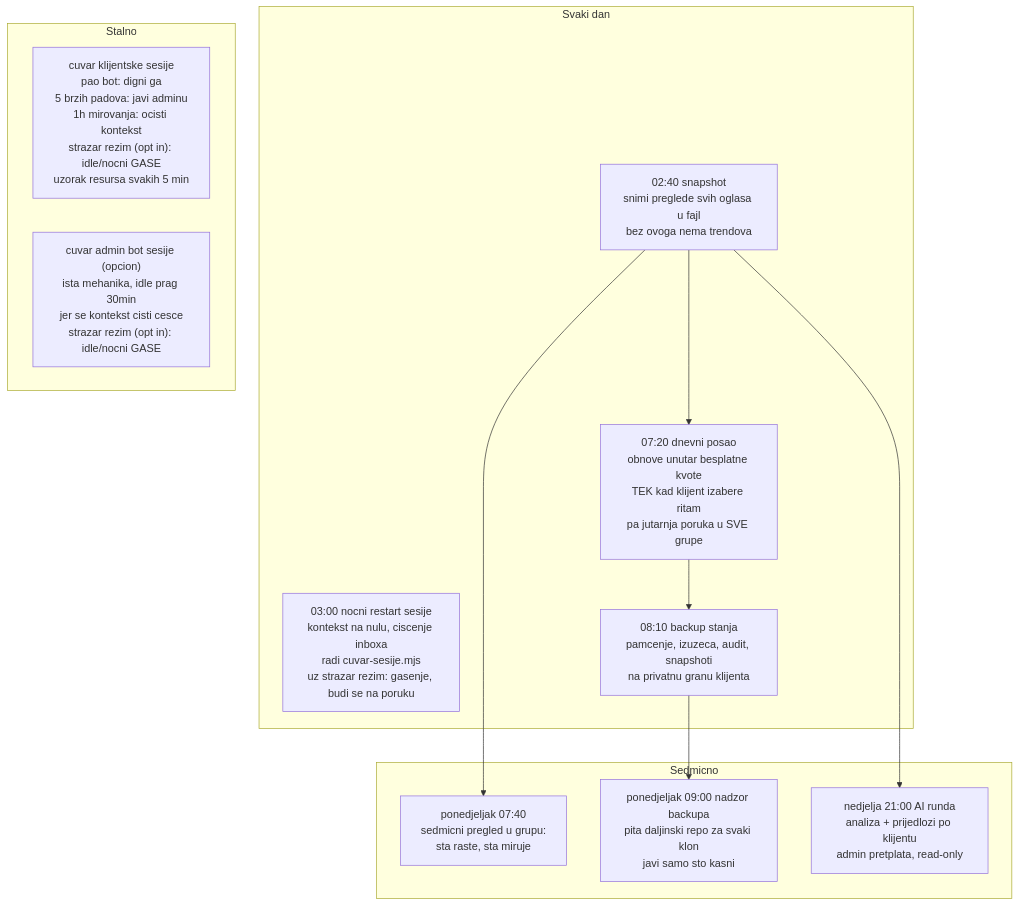
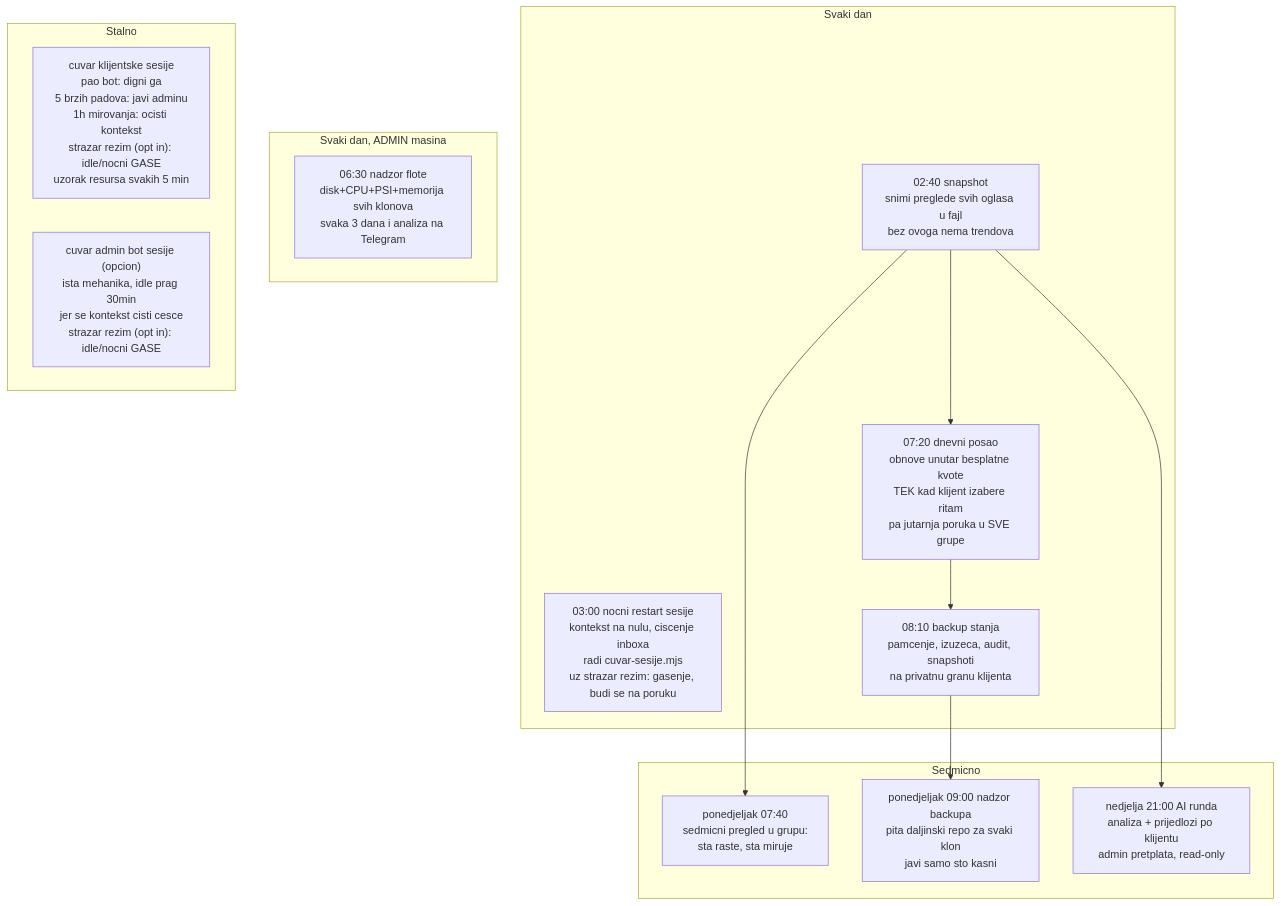
Before and after one commit to mob-dev-org/olx-mcp-api: the third of 9 diagrams in olx-dokumentacija/arhitektura.md, drawn with Mermaid. The commit also changed other lines of this file and 2 other files, not shown here.

Commit message:
Dokumentacija: nadzor flote, CPU po klonu, SHEMA_VERZIJA 2

````diff
--- a/olx-dokumentacija/arhitektura.md
+++ b/olx-dokumentacija/arhitektura.md
@@ -101,24 +101,27 @@
 ```mermaid
 flowchart TB
     subgraph dan["Svaki dan"]
         s1["02:40 snapshot<br/>snimi preglede svih oglasa u fajl<br/>bez ovoga nema trendova"]
         s2["03:00 nocni restart sesije<br/>kontekst na nulu, ciscenje inboxa<br/>radi cuvar-sesije.mjs<br/>uz strazar rezim: gasenje, budi se na poruku"]
         s3["07:20 dnevni posao<br/>obnove unutar besplatne kvote<br/>TEK kad klijent izabere ritam<br/>pa jutarnja poruka u SVE grupe"]
         s8["08:10 backup stanja<br/>pamcenje, izuzeca, audit, snapshoti<br/>na privatnu granu klijenta"]
+    end
+    subgraph danAdmin["Svaki dan, ADMIN masina"]
+        s10["06:30 nadzor flote<br/>disk+CPU+PSI+memorija svih klonova<br/>svaka 3 dana i analiza na Telegram"]
     end
     subgraph sedmica["Sedmicno"]
         s4["ponedjeljak 07:40<br/>sedmicni pregled u grupu:<br/>sta raste, sta miruje"]
         s9["ponedjeljak 09:00 nadzor backupa<br/>pita daljinski repo za svaki klon<br/>javi samo sto kasni"]
         s5["nedjelja 21:00 AI runda<br/>analiza + prijedlozi po klijentu<br/>admin pretplata, read-only"]
     end
     subgraph stalno["Stalno"]
         s6["cuvar klijentske sesije<br/>pao bot: digni ga<br/>5 brzih padova: javi adminu<br/>1h mirovanja: ocisti kontekst<br/>strazar rezim (opt in): idle/nocni GASE<br/>uzorak resursa svakih 5 min"]
         s7["cuvar admin bot sesije (opcion)<br/>ista mehanika, idle prag 30min<br/>jer se kontekst cisti cesce<br/>strazar rezim (opt in): idle/nocni GASE"]
     end
 
     s1 --> s3
     s3 --> s8
     s1 --> s4
     s1 --> s5
     s8 --> s9
 ```
````
